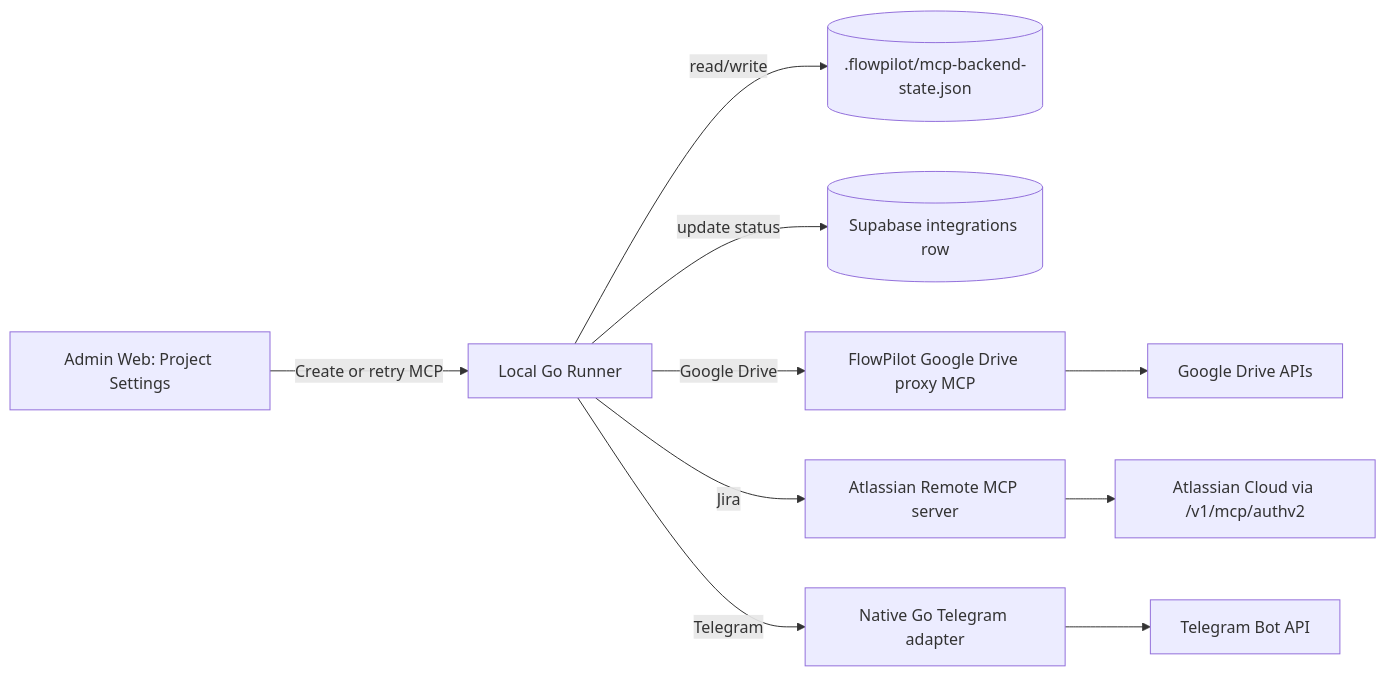
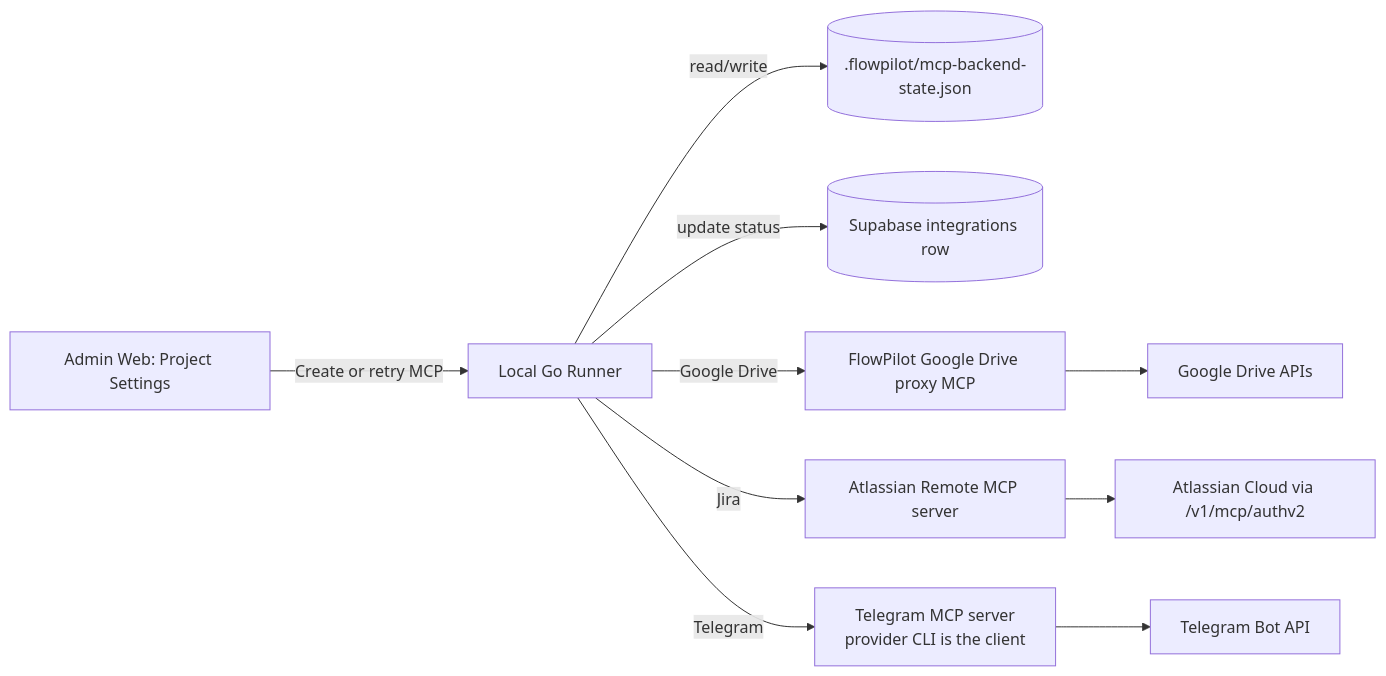
Before and after one commit to dattien96/flowpilot: the first of 2 diagrams in requirements/06-System-Tech-Design/SD-11-MCP-Connection-Flows.md, drawn with Mermaid. The commit also changed other lines of this file and 11 other files, not shown here.

First line of the commit message:
[Docs][mcp-tools] add Jira/Firebase/Telegram MCP coding plans CP-05-04/05/06

````diff
--- a/requirements/06-System-Tech-Design/SD-11-MCP-Connection-Flows.md
+++ b/requirements/06-System-Tech-Design/SD-11-MCP-Connection-Flows.md
@@ -22,14 +22,14 @@
 ```mermaid
 flowchart LR
   UI[Admin Web: Project Settings] -->|Create or retry MCP| Runner[Local Go Runner]
   Runner -->|read/write| State[(.flowpilot/mcp-backend-state.json)]
   Runner -->|update status| DB[(Supabase integrations row)]
 
   Runner -->|Google Drive| GDMCP[FlowPilot Google Drive proxy MCP]
   Runner -->|Jira| AMCP[Atlassian Remote MCP server]
-  Runner -->|Telegram| TG[Native Go Telegram adapter]
+  Runner -->|Telegram| TG[Telegram MCP server<br/>provider CLI is the client]
 
   GDMCP --> GDAPI[Google Drive APIs]
   AMCP --> ATLAS[Atlassian Cloud via /v1/mcp/authv2]
   TG --> TGAPI[Telegram Bot API]
 ```
````
